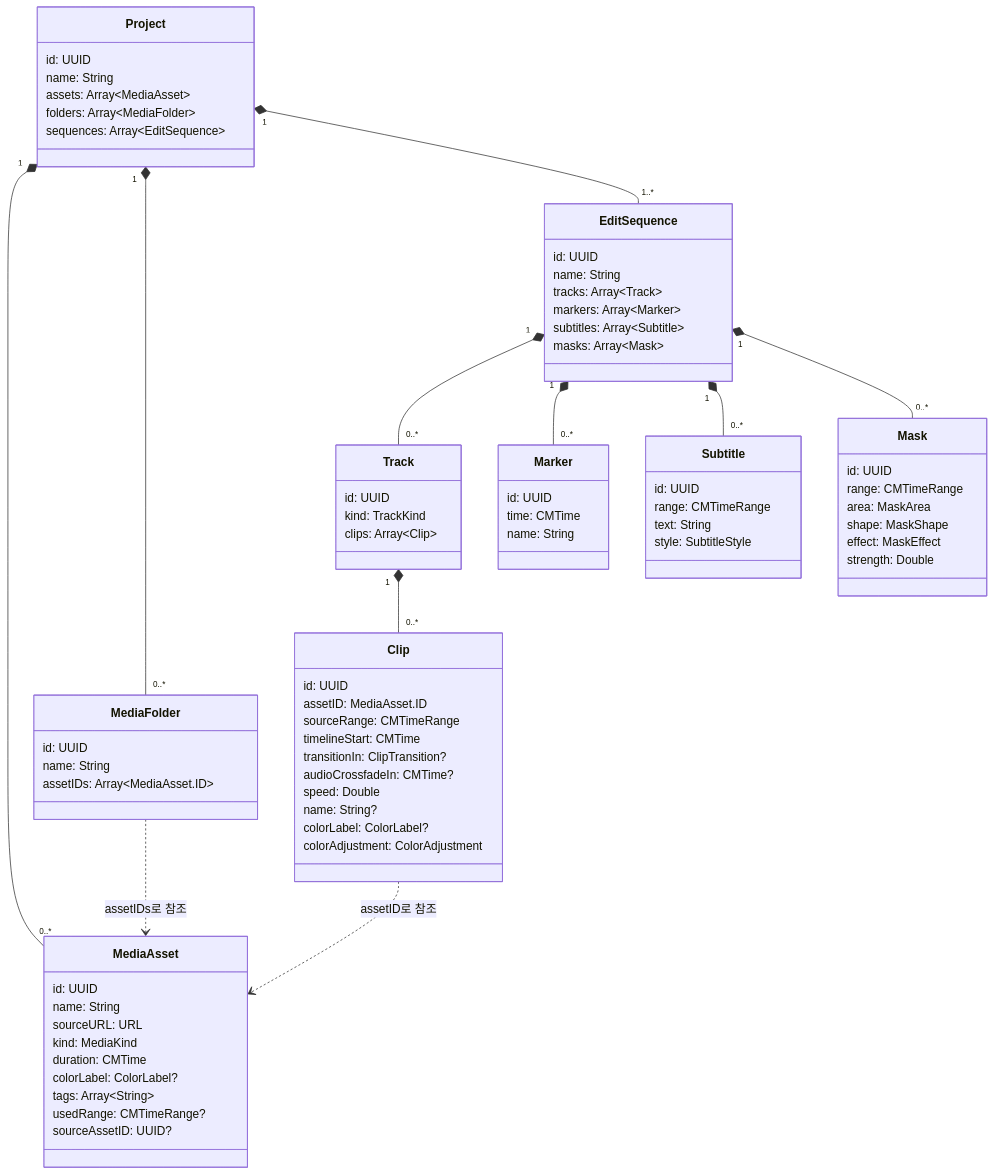
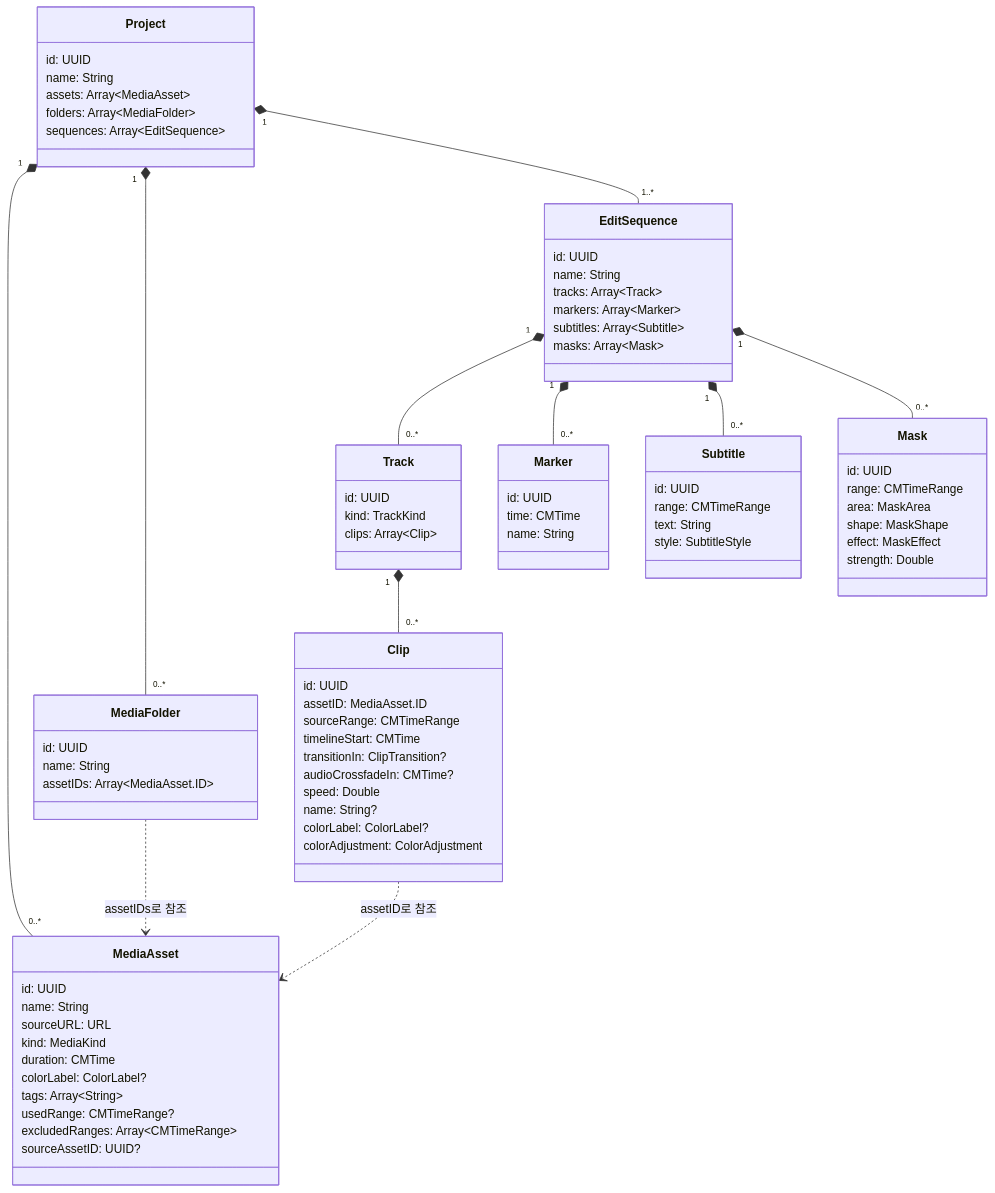
One commit to KalGookSoo/palladium changed the diagram in docs/domain-model.md. Above: the diagram before and after it, drawn with Mermaid. The commit also changed other lines of this file and 15 other files, not shown here.

````diff
--- a/docs/domain-model.md
+++ b/docs/domain-model.md
@@ -15,80 +15,81 @@
 ```mermaid
 classDiagram
     class Project {
         id: UUID
         name: String
         assets: Array~MediaAsset~
         folders: Array~MediaFolder~
         sequences: Array~EditSequence~
     }
     class MediaFolder {
         id: UUID
         name: String
         assetIDs: Array~MediaAsset.ID~
     }
     class MediaAsset {
         id: UUID
         name: String
         sourceURL: URL
         kind: MediaKind
         duration: CMTime
         colorLabel: ColorLabel?
         tags: Array~String~
         usedRange: CMTimeRange?
+        excludedRanges: Array~CMTimeRange~
         sourceAssetID: UUID?
     }
     class EditSequence {
         id: UUID
         name: String
         tracks: Array~Track~
         markers: Array~Marker~
         subtitles: Array~Subtitle~
         masks: Array~Mask~
     }
     class Mask {
         id: UUID
         range: CMTimeRange
         area: MaskArea
         shape: MaskShape
         effect: MaskEffect
         strength: Double
     }
     class Subtitle {
         id: UUID
         range: CMTimeRange
         text: String
         style: SubtitleStyle
     }
     class Marker {
         id: UUID
         time: CMTime
         name: String
     }
     class Track {
         id: UUID
         kind: TrackKind
         clips: Array~Clip~
     }
     class Clip {
         id: UUID
         assetID: MediaAsset.ID
         sourceRange: CMTimeRange
         timelineStart: CMTime
         transitionIn: ClipTransition?
         audioCrossfadeIn: CMTime?
         speed: Double
         name: String?
         colorLabel: ColorLabel?
         colorAdjustment: ColorAdjustment
     }
     Project "1" *-- "0..*" MediaAsset
     Project "1" *-- "0..*" MediaFolder
     MediaFolder ..> MediaAsset : assetIDs로 참조
     Project "1" *-- "1..*" EditSequence
     EditSequence "1" *-- "0..*" Track
     EditSequence "1" *-- "0..*" Marker
     EditSequence "1" *-- "0..*" Subtitle
     EditSequence "1" *-- "0..*" Mask
     Track "1" *-- "0..*" Clip
     Clip ..> MediaAsset : assetID로 참조
 ```
````
